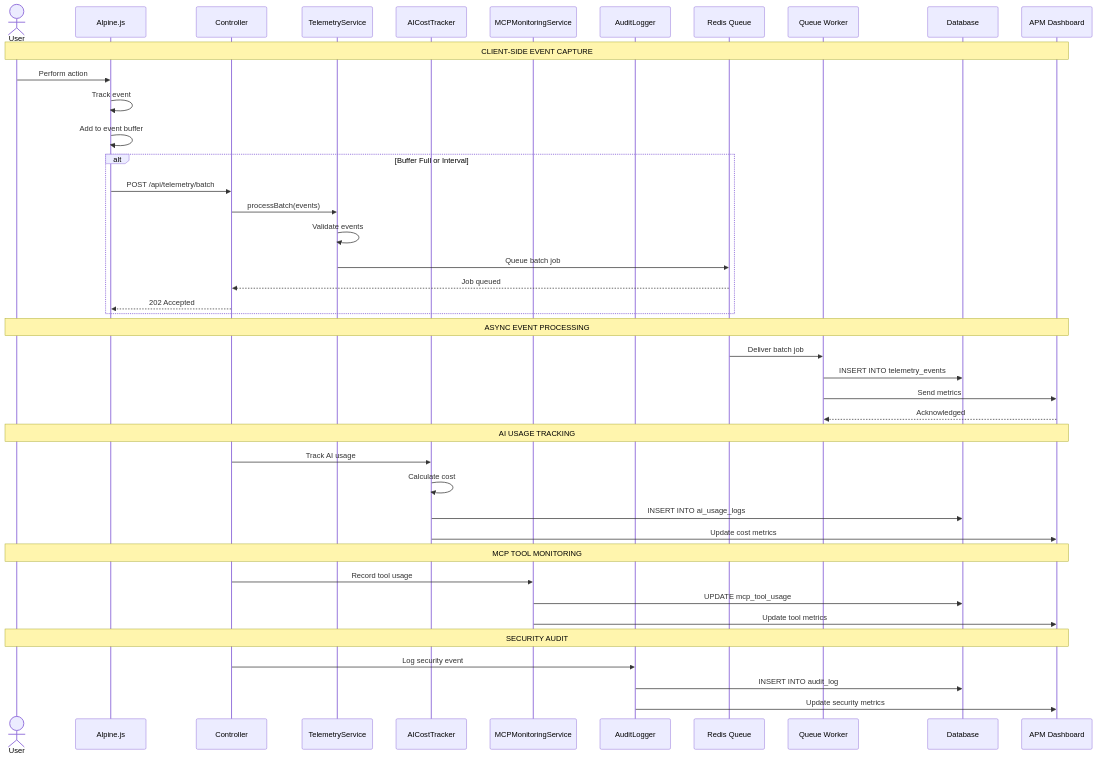
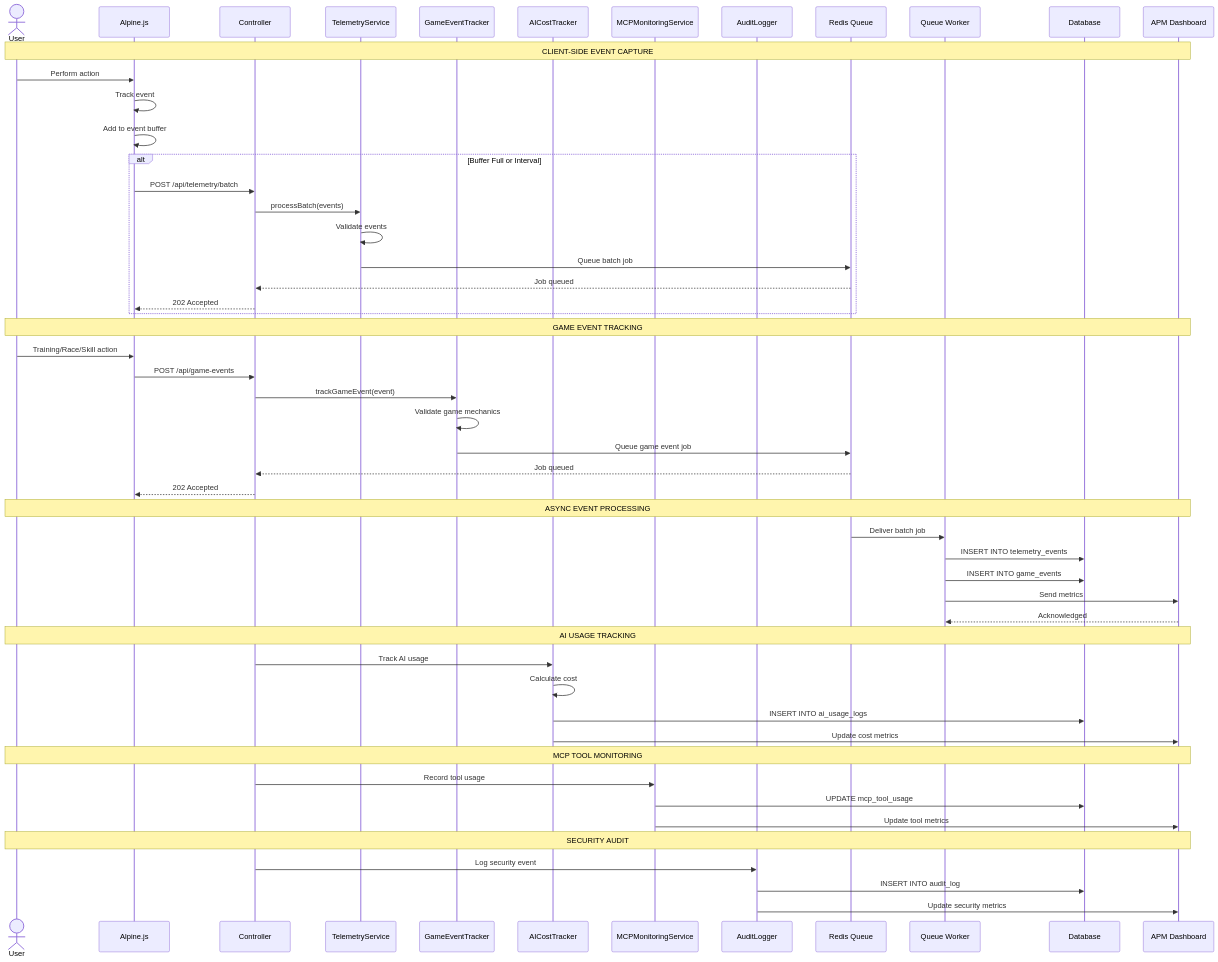
One commit to exatfrds67/umamusume-career-planner changed the first of 3 diagrams in docs/01-sequences/SEQ-011_Telemetry_Event_Capture.md. Above: the diagram before and after it, drawn with Mermaid. The commit also changed other lines of this file and 313 other files, not shown here.

````diff
--- a/docs/01-sequences/SEQ-011_Telemetry_Event_Capture.md
+++ b/docs/01-sequences/SEQ-011_Telemetry_Event_Capture.md
@@ -118,50 +128,61 @@
 ```mermaid
 sequenceDiagram
     actor User
     participant Frontend as Alpine.js
     participant Controller
     participant TelemetrySvc as TelemetryService
+    participant GameTracker as GameEventTracker
     participant AITracker as AICostTracker
     participant MCPMonitor as MCPMonitoringService
     participant Audit as AuditLogger
     participant Queue as Redis Queue
     participant Worker as Queue Worker
     participant DB as Database
     participant APM as APM Dashboard
 
     Note over User,APM: CLIENT-SIDE EVENT CAPTURE
     User->>Frontend: Perform action
     Frontend->>Frontend: Track event
     Frontend->>Frontend: Add to event buffer
     
     alt Buffer Full or Interval
         Frontend->>Controller: POST /api/telemetry/batch
         Controller->>TelemetrySvc: processBatch(events)
         TelemetrySvc->>TelemetrySvc: Validate events
         TelemetrySvc->>Queue: Queue batch job
         Queue-->>Controller: Job queued
         Controller-->>Frontend: 202 Accepted
     end
 
+    Note over User,APM: GAME EVENT TRACKING
+    User->>Frontend: Training/Race/Skill action
+    Frontend->>Controller: POST /api/game-events
+    Controller->>GameTracker: trackGameEvent(event)
+    GameTracker->>GameTracker: Validate game mechanics
+    GameTracker->>Queue: Queue game event job
+    Queue-->>Controller: Job queued
+    Controller-->>Frontend: 202 Accepted
+
     Note over User,APM: ASYNC EVENT PROCESSING
     Queue->>Worker: Deliver batch job
     Worker->>DB: INSERT INTO telemetry_events
+    Worker->>DB: INSERT INTO game_events
     Worker->>APM: Send metrics
     APM-->>Worker: Acknowledged
 
     Note over User,APM: AI USAGE TRACKING
     Controller->>AITracker: Track AI usage
     AITracker->>AITracker: Calculate cost
     AITracker->>DB: INSERT INTO ai_usage_logs
     AITracker->>APM: Update cost metrics
 
     Note over User,APM: MCP TOOL MONITORING
     Controller->>MCPMonitor: Record tool usage
     MCPMonitor->>DB: UPDATE mcp_tool_usage
     MCPMonitor->>APM: Update tool metrics
 
     Note over User,APM: SECURITY AUDIT
     Controller->>Audit: Log security event
     Audit->>DB: INSERT INTO audit_log
     Audit->>APM: Update security metrics
 ```
````
